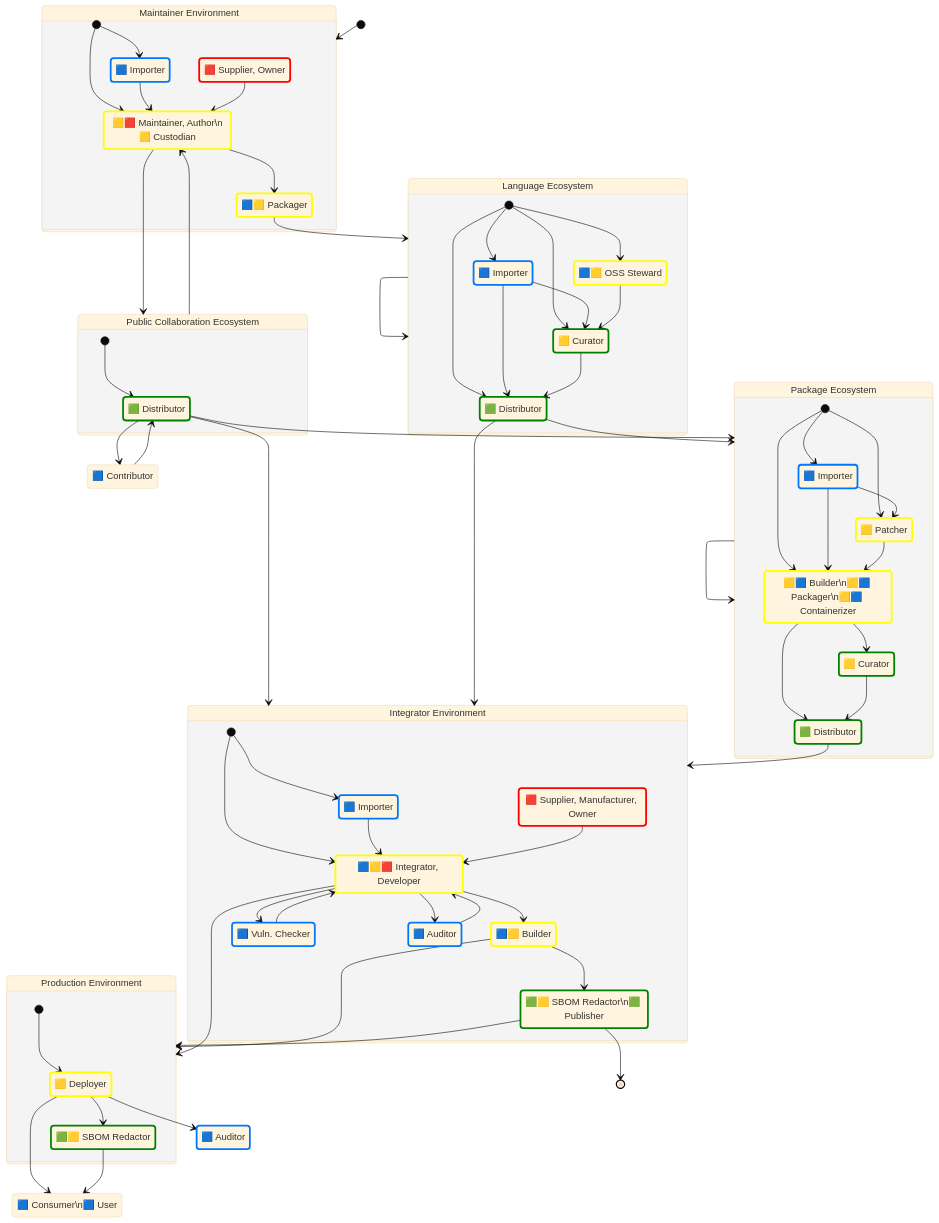
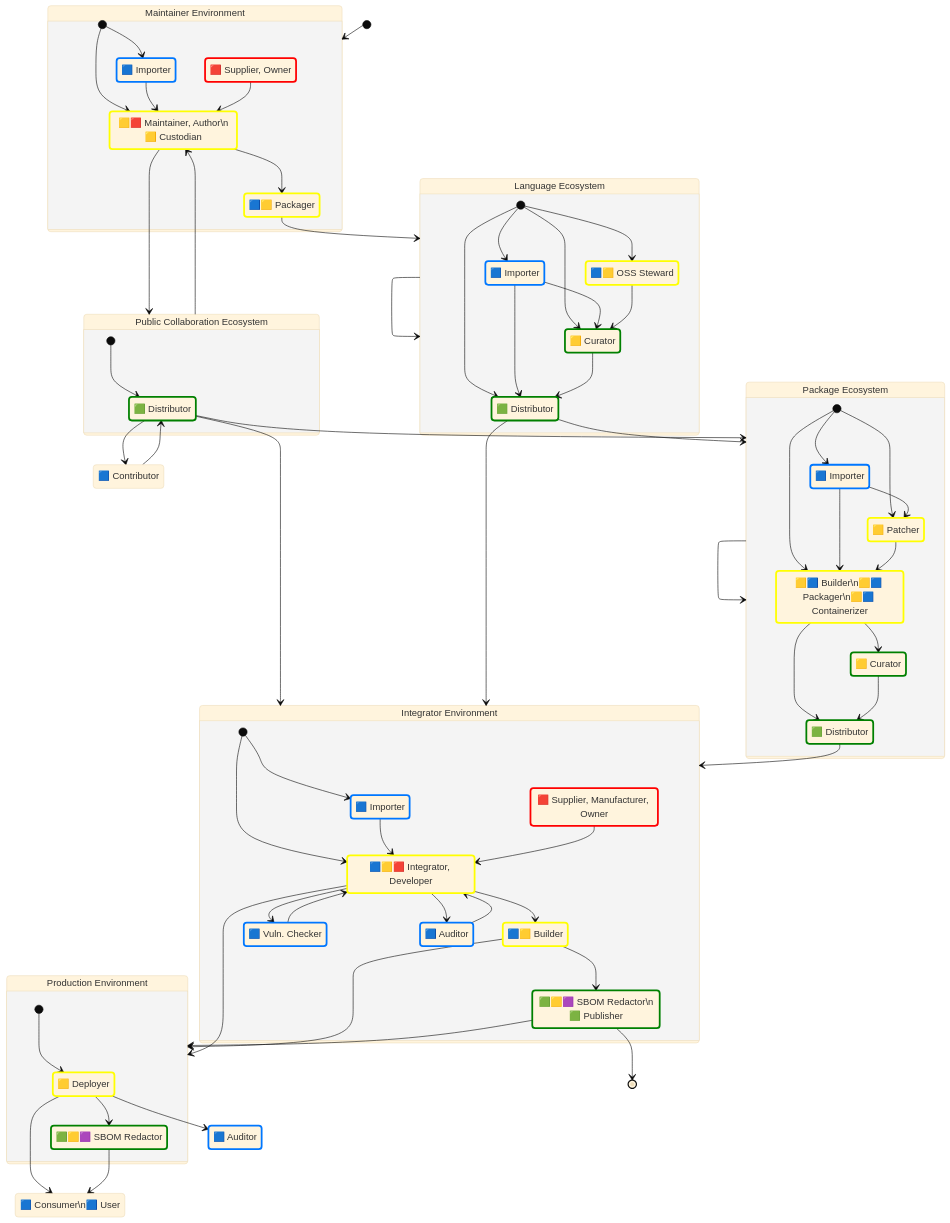
The third of 3 diagrams in docs/supplychain-sbom.md (CPAN-Security/security.metacpan.org), drawn with Mermaid (base theme) before and after one commit. The commit also changed other lines of this file, not shown here.

Commit message:
Add 🟪 SBOM Redactor to graphs; Add PCI-SSF v1.2.1 req to FIXME list

```diff
--- a/docs/supplychain-sbom.md
+++ b/docs/supplychain-sbom.md
@@ -209,11 +218,11 @@
     state "🟦 Importer" as integrator_importer
     state "🟥 Supplier, Manufacturer, Owner" as integrator_owner
     state "🟦🟨🟥 Integrator, Developer" as integrator_developer
-    state "🟩🟨 SBOM Redactor\n🟩 Publisher" as integrator_publisher
+    state "🟩🟨🟪 SBOM Redactor\n🟩 Publisher" as integrator_publisher
     state "🟦🟨 Builder" as integrator_builder
     state "🟨 Deployer" as deployer
     state "🟦 Vuln. Checker" as integrator_checker
-    state "🟩🟨 SBOM Redactor" as redactor
+    state "🟩🟨🟪 SBOM Redactor" as redactor
     state "🟦 Consumer\n🟦  User" as consumer
     state "🟦 Auditor" as auditor_internal
     state "🟦 Auditor" as auditor_external
@@ -224,6 +233,7 @@
     classDef assemblesSBOM stroke:yellow,stroke-width:3px;
     classDef distributesSBOM stroke:green,stroke-width:3px;
     classDef verifiesSBOM stroke:#07f,stroke-width:3px;
+    classDef redactsSBOM stroke:#07f,stroke-width:3px;
 
     %% 
     class author_importer verifiesSBOM
```
